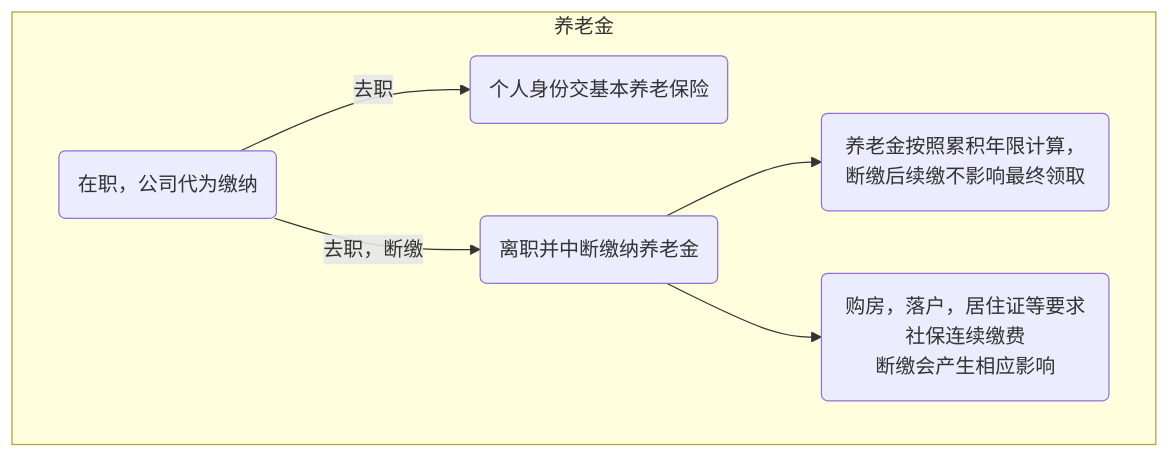
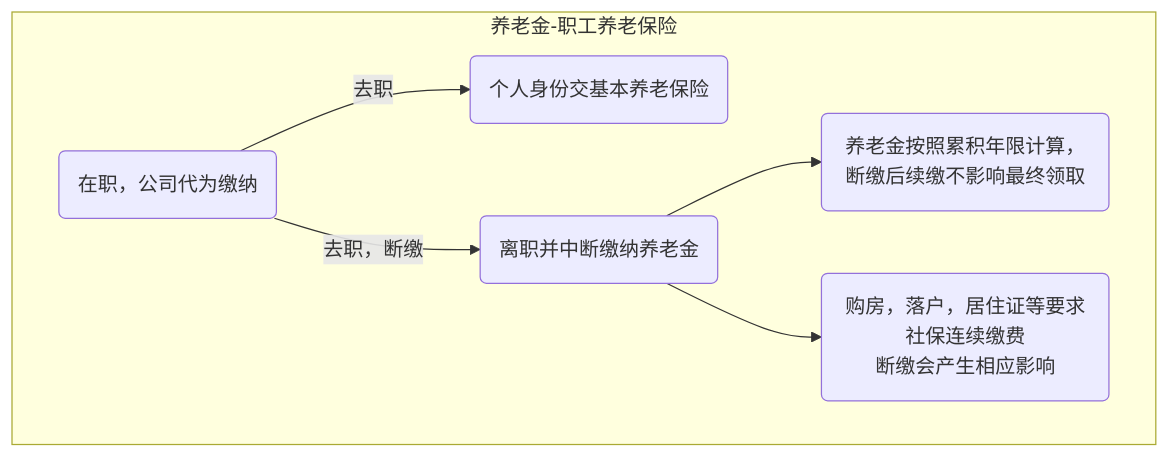
Before and after one commit to chewuchewuchewu/Social_Security_Benefits: the first of 5 diagrams in 离职.md, drawn with Mermaid. The commit also changed other lines of this file, not shown here.

````diff
--- a/离职.md
+++ b/离职.md
@@ -26,10 +27,10 @@
 ```mermaid
 flowchart TD
 
-subgraph 养老金
+subgraph 养老金-职工养老保险
 在职养老金("在职，公司代为缴纳")-->|去职|灵活就业(个人身份交基本养老保险)
 在职养老金-->|去职，断缴|离职断缴(离职并中断缴纳养老金)
 离职断缴-->养老金年限("养老金按照累积年限计算，断缴后续缴不影响最终领取")
 离职断缴-->社保其他影响("购房，落户，居住证等要求社保连续缴费<br>断缴会产生相应影响")
 end
 ```
````
